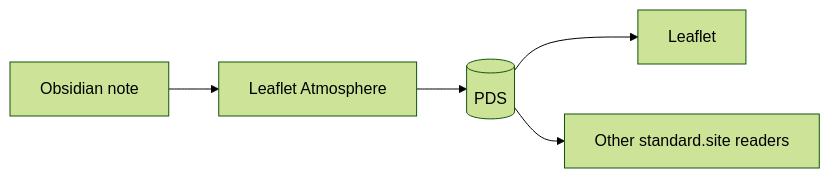
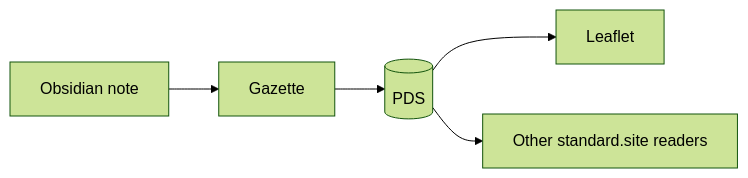
Before and after one commit to Mara-Li/obsidian-leaflet-atmosphere: the diagram in showcase-blog/Field Guide to Math and Code.md, drawn with Mermaid (forest theme). The commit also changed 35 other files, not shown here.

````diff
--- a/showcase-blog/Field Guide to Math and Code.md
+++ b/showcase-blog/Field Guide to Math and Code.md
@@ -44,7 +44,7 @@
 ```mermaid
 flowchart LR
-    A[Obsidian note] --> B[Leaflet Atmosphere]
+    A[Obsidian note] --> B[Gazette]
     B --> C[(PDS)]
     C --> D[Leaflet]
     C --> E[Other standard.site readers]
 ```
````
